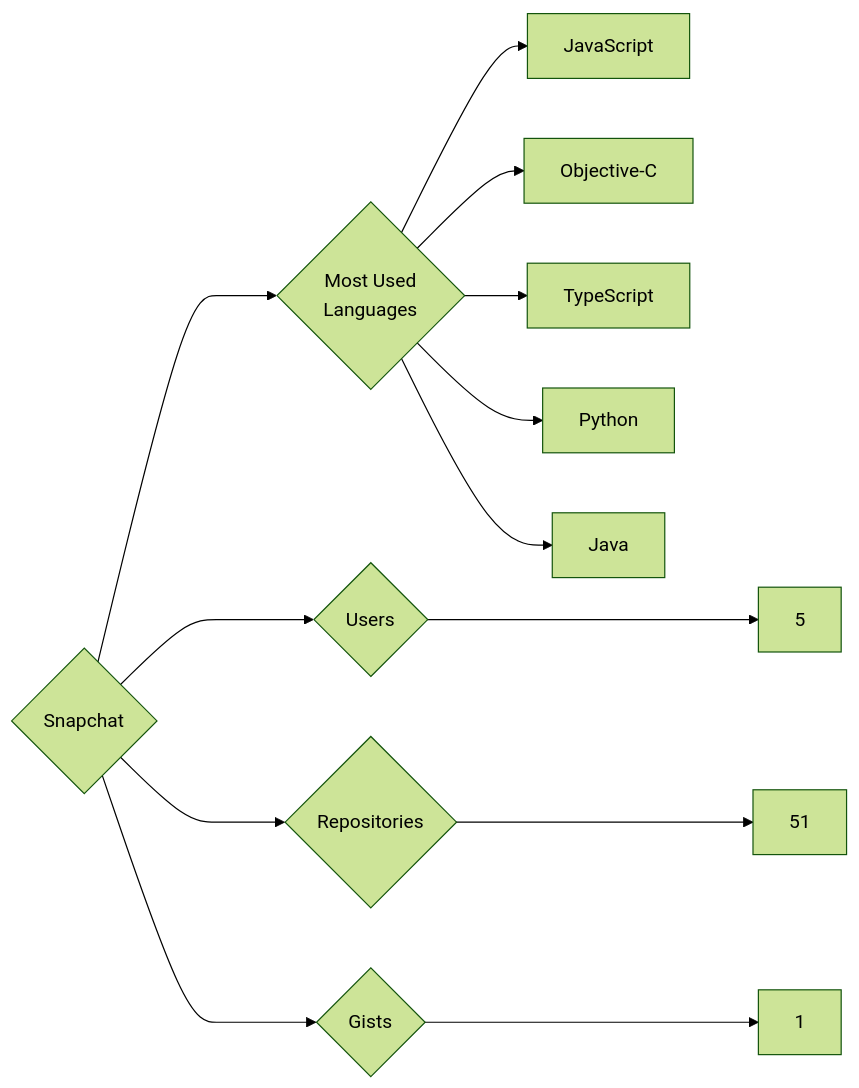
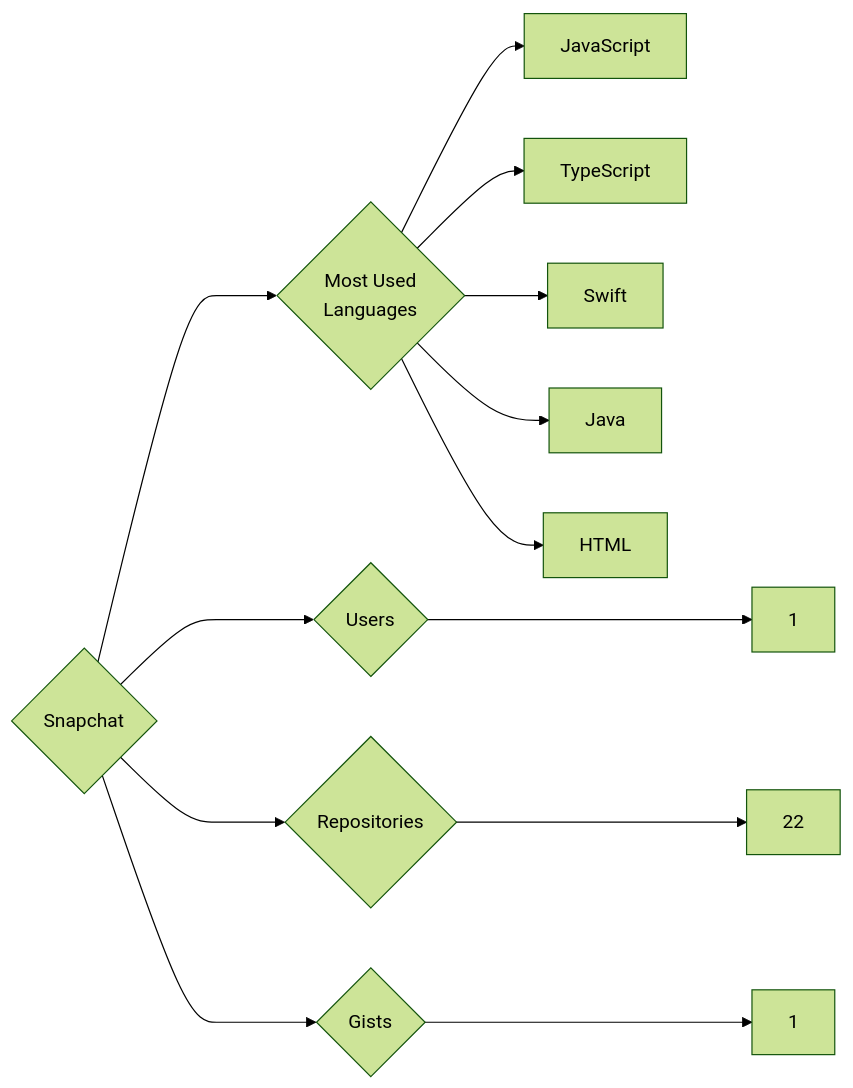
The diagram in targets/Snapchat/README.md (trickest/insiders), drawn with Mermaid (forest theme) before and after one commit. The commit also changed 886 other files, not shown here.

````diff
--- a/targets/Snapchat/README.md
+++ b/targets/Snapchat/README.md
@@ -3,13 +3,13 @@
 ```mermaid
 graph LR
 COMPANY_NAME{Snapchat}
-COMPANY_NAME ---> U{Users} ---> UN[5]
-COMPANY_NAME ---> R{Repositories} ---> RN[51]
+COMPANY_NAME ---> U{Users} ---> UN[1]
+COMPANY_NAME ---> R{Repositories} ---> RN[22]
 COMPANY_NAME ---> G{Gists} ---> GN[1]
 COMPANY_NAME ---> ML{Most Used<br>Languages}
 ML --> JavaScript[JavaScript]
-ML --> Objective-C[Objective-C]
 ML --> TypeScript[TypeScript]
-ML --> Python[Python]
+ML --> Swift[Swift]
 ML --> Java[Java]
+ML --> HTML[HTML]
 ```
````
